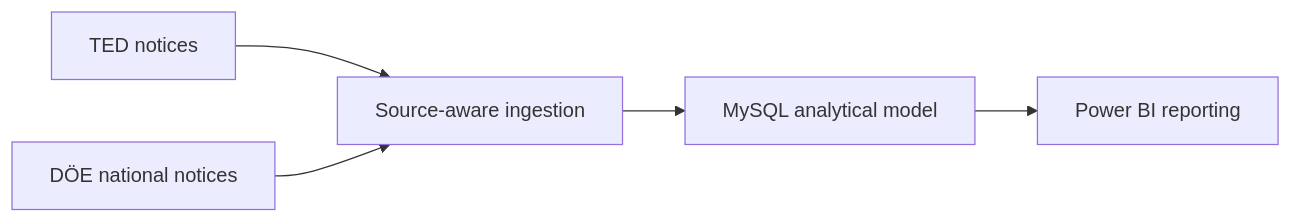
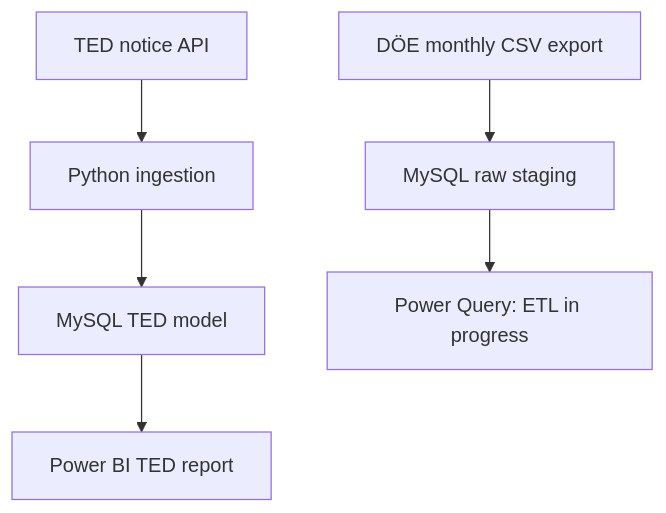
Before and after one commit to VahidMohammadii/German-Public-Sector-Digital-Demand-Intelligence: the diagram in docs/architecture.md, drawn with Mermaid. The commit also changed other lines of this file, not shown here.

Commit message:
docs: update DÖE staging status

````diff
--- a/docs/architecture.md
+++ b/docs/architecture.md
@@ -18,7 +15,8 @@
 ```mermaid
-flowchart LR
-    A["TED notices"] --> C["Source-aware ingestion"]
-    B["DÖE national notices"] --> C
-    C --> D["MySQL analytical model"]
-    D --> E["Power BI reporting"]
+flowchart TD
+    A["TED notice API"] --> B["Python ingestion"]
+    B --> C["MySQL TED model"]
+    C --> D["Power BI TED report"]
+    E["DÖE monthly CSV export"] --> F["MySQL raw staging"]
+    F --> G["Power Query: ETL in progress"]
 ```
````
